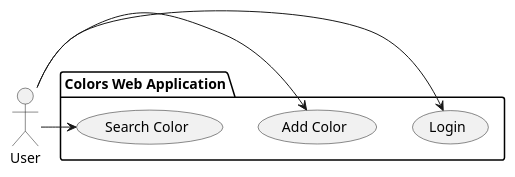
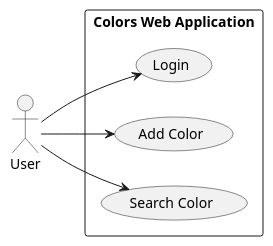
The diagram in docs/uml/usecase.puml (mdj43/colors-lamp), drawn with PlantUML before and after one commit. The commit also changed 2 other files, not shown here.

Commit message:
Diagram cleanup for clarity.

```diff
--- a/docs/uml/usecase.puml
+++ b/docs/uml/usecase.puml
@@ -1,15 +1,17 @@
 @startuml "Use Case Diagram"
+
+left to right direction
 
 actor User
 
-package "Colors Web Application" {
+rectangle "Colors Web Application" {
     usecase "Login" as Login
     usecase "Add Color" as Add
     usecase "Search Color" as Search
 }
 
-User -> Login
-User -> Add
-User -> Search
+User --> Login
+User --> Add
+User --> Search
 
 @enduml
```
